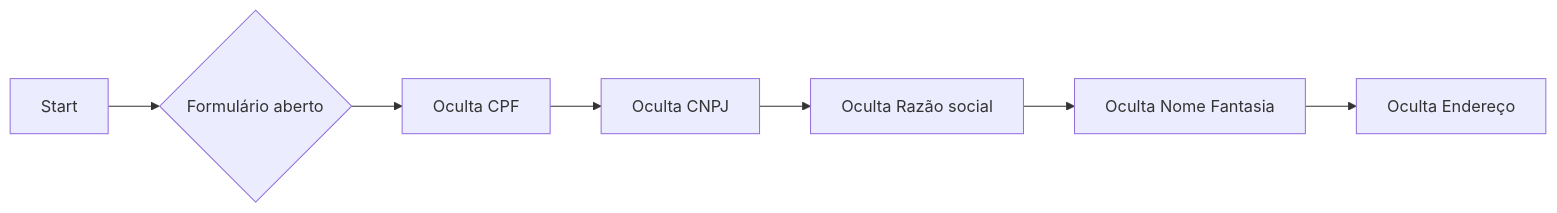
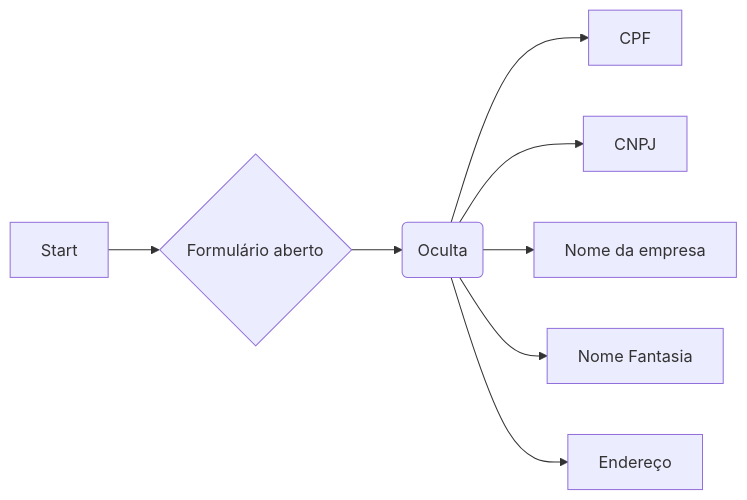
The first of 6 diagrams in docs/forms/formflows/practice.md (byndcloud/quoti-docs), drawn with Mermaid before and after one commit. The commit also changed other lines of this file and 1 other file, not shown here.

````diff
--- a/docs/forms/formflows/practice.md
+++ b/docs/forms/formflows/practice.md
@@ -11,9 +11,10 @@
 ``` mermaid
 graph LR
   A[Start] --> B{Formulário aberto};
-  B --> C[Oculta CPF];
-  C --> D[Oculta CNPJ];
-  D --> E[Oculta Razão social];
-  E --> F[Oculta Nome Fantasia];
-  F --> G[Oculta Endereço];
+  B --> C(Oculta);
+  C --> D[CPF];;
+  C --> E[CNPJ];
+  C --> F[Nome da empresa];
+  C --> G[Nome Fantasia];
+  C --> H[Endereço];
 ```
````
